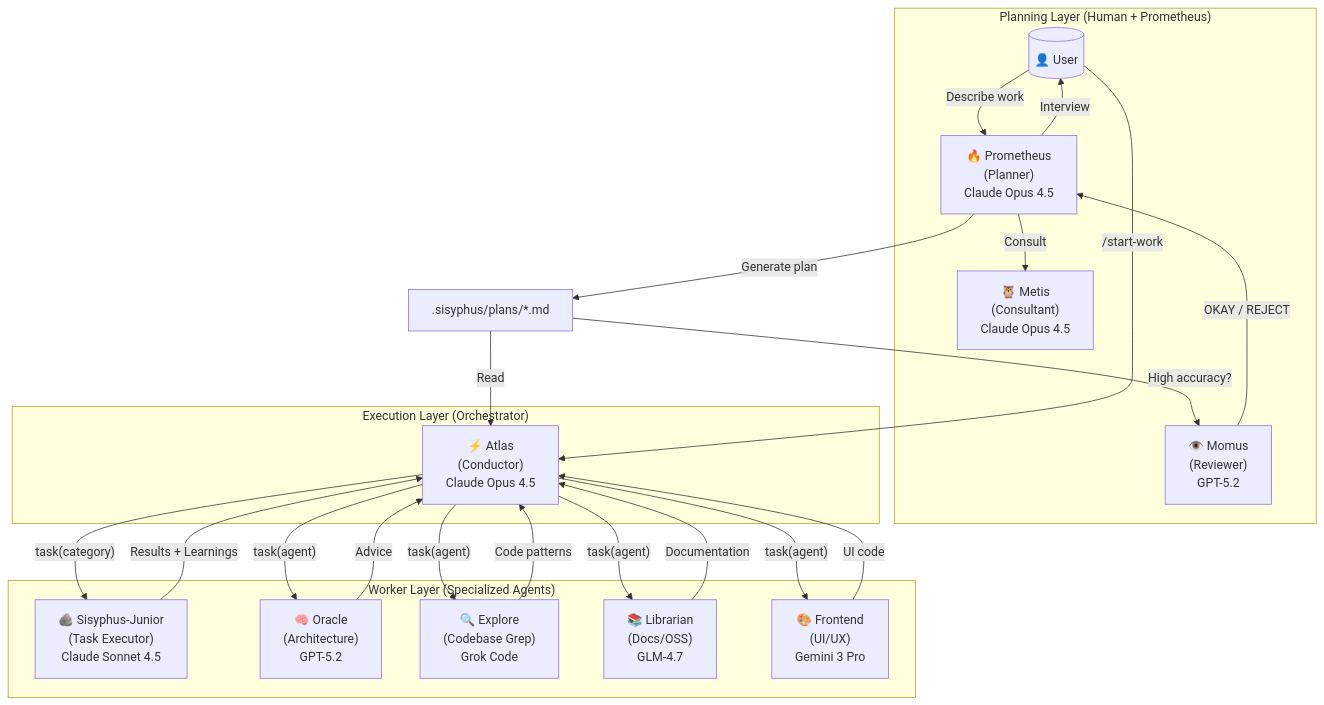
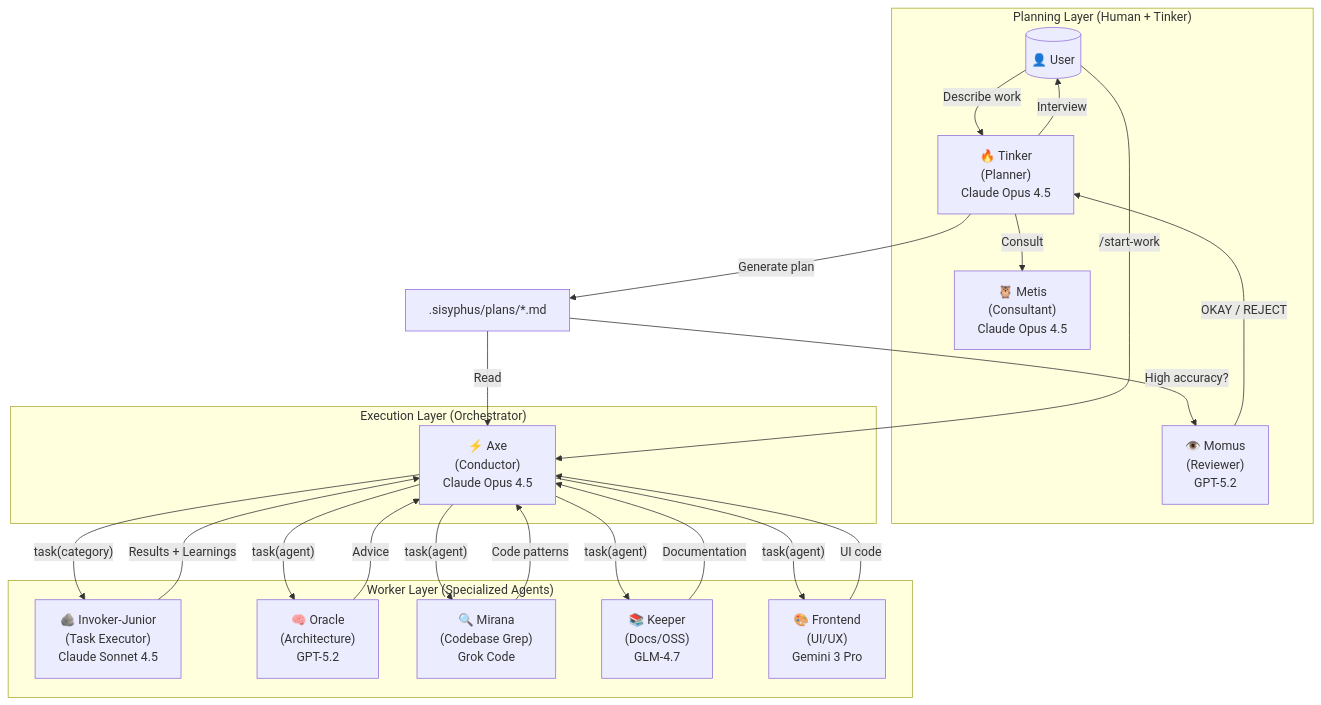
Before and after one commit to Heldinhow/oh-my-opencode: the first of 4 diagrams in docs/guide/understanding-orchestration-system.md, drawn with Mermaid. The commit also changed other lines of this file and 98 other files, not shown here.

````diff
--- a/docs/guide/understanding-orchestration-system.md
+++ b/docs/guide/understanding-orchestration-system.md
@@ -22,43 +22,43 @@
 ```mermaid
 flowchart TB
-    subgraph Planning["Planning Layer (Human + Prometheus)"]
+    subgraph Planning["Planning Layer (Human + Tinker)"]
         User[("👤 User")]
-        Prometheus["🔥 Prometheus<br/>(Planner)<br/>Claude Opus 4.5"]
+        Tinker["🔥 Tinker<br/>(Planner)<br/>Claude Opus 4.5"]
         Metis["🦉 Metis<br/>(Consultant)<br/>Claude Opus 4.5"]
         Momus["👁️ Momus<br/>(Reviewer)<br/>GPT-5.2"]
     end
     
     subgraph Execution["Execution Layer (Orchestrator)"]
-        Orchestrator["⚡ Atlas<br/>(Conductor)<br/>Claude Opus 4.5"]
+        Orchestrator["⚡ Axe<br/>(Conductor)<br/>Claude Opus 4.5"]
     end
     
     subgraph Workers["Worker Layer (Specialized Agents)"]
-        Junior["🪨 Sisyphus-Junior<br/>(Task Executor)<br/>Claude Sonnet 4.5"]
+        Junior["🪨 Invoker-Junior<br/>(Task Executor)<br/>Claude Sonnet 4.5"]
         Oracle["🧠 Oracle<br/>(Architecture)<br/>GPT-5.2"]
-        Explore["🔍 Explore<br/>(Codebase Grep)<br/>Grok Code"]
-        Librarian["📚 Librarian<br/>(Docs/OSS)<br/>GLM-4.7"]
+        Mirana["🔍 Mirana<br/>(Codebase Grep)<br/>Grok Code"]
+        Keeper["📚 Keeper<br/>(Docs/OSS)<br/>GLM-4.7"]
         Frontend["🎨 Frontend<br/>(UI/UX)<br/>Gemini 3 Pro"]
     end
     
-    User -->|"Describe work"| Prometheus
-    Prometheus -->|"Consult"| Metis
-    Prometheus -->|"Interview"| User
-    Prometheus -->|"Generate plan"| Plan[".sisyphus/plans/*.md"]
+    User -->|"Describe work"| Tinker
+    Tinker -->|"Consult"| Metis
+    Tinker -->|"Interview"| User
+    Tinker -->|"Generate plan"| Plan[".sisyphus/plans/*.md"]
     Plan -->|"High accuracy?"| Momus
-    Momus -->|"OKAY / REJECT"| Prometheus
+    Momus -->|"OKAY / REJECT"| Tinker
     
     User -->|"/start-work"| Orchestrator
     Plan -->|"Read"| Orchestrator
     
     Orchestrator -->|"task(category)"| Junior
     Orchestrator -->|"task(agent)"| Oracle
-    Orchestrator -->|"task(agent)"| Explore
-    Orchestrator -->|"task(agent)"| Librarian
+    Orchestrator -->|"task(agent)"| Mirana
+    Orchestrator -->|"task(agent)"| Keeper
     Orchestrator -->|"task(agent)"| Frontend
     
     Junior -->|"Results + Learnings"| Orchestrator
     Oracle -->|"Advice"| Orchestrator
-    Explore -->|"Code patterns"| Orchestrator
-    Librarian -->|"Documentation"| Orchestrator
+    Mirana -->|"Code patterns"| Orchestrator
+    Keeper -->|"Documentation"| Orchestrator
     Frontend -->|"UI code"| Orchestrator
 ```
````
